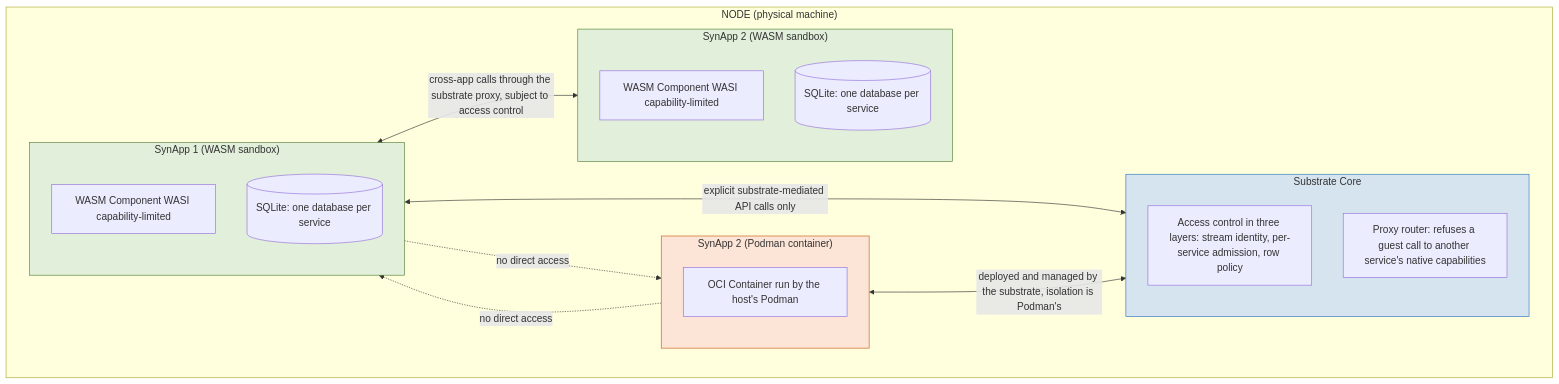
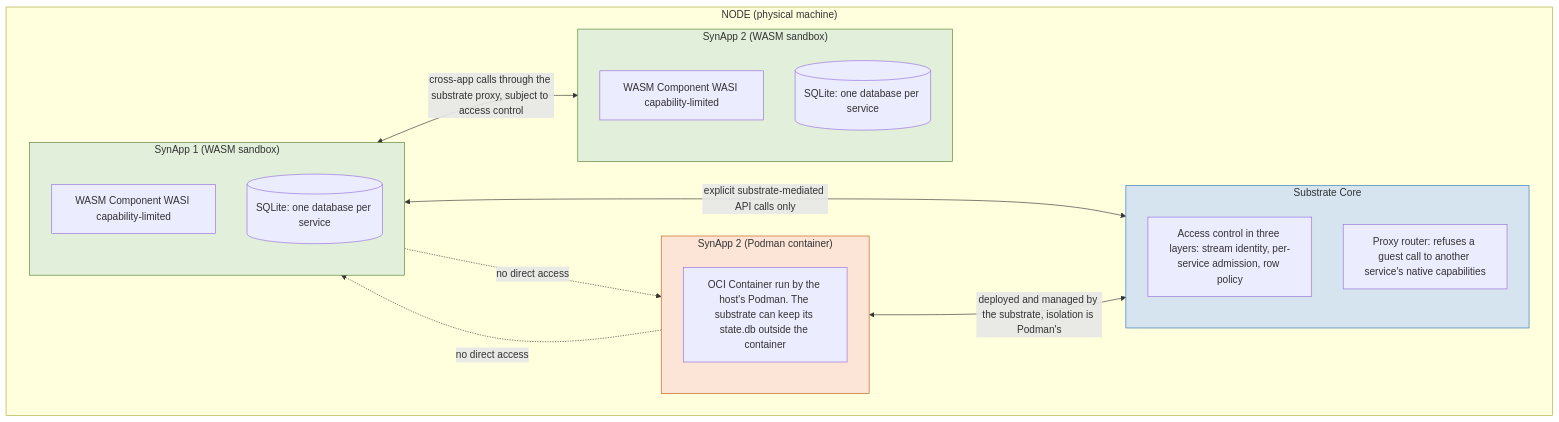
Before and after one commit to syneroym/syneroym: diagram 23 of 23 in docs/system-architecture.md, drawn with Mermaid. The commit also changed other lines of this file and 3 other files, not shown here.

First line of the commit message:
docs(architecture): fix stage 2 findings S5

````diff
--- a/docs/system-architecture.md
+++ b/docs/system-architecture.md
@@ -1625,34 +1626,34 @@
 ```mermaid
 flowchart TD
     subgraph NODE2["NODE (physical machine)"]
         subgraph APP1["SynApp 1 (WASM sandbox)"]
             W1[WASM Component WASI capability-limited]
             DB1[(SQLite: one database per service)]
         end
 
         subgraph APP2["SynApp 2 (Podman container)"]
-            P1[OCI Container run by the host's Podman]
+            P1[OCI Container run by the host's Podman. The substrate can keep its state.db outside the container]
         end
 
         subgraph APP3["SynApp 2 (WASM sandbox)"]
             W2[WASM Component WASI capability-limited]
             DB2[(SQLite: one database per service)]
         end
 
         subgraph SUBSTRATE_CORE["Substrate Core"]
             AC3[Access control in three layers: stream identity, per-service admission, row policy]
             MSG4[Proxy router: refuses a guest call to another service's native capabilities]
         end
     end
 
     APP1 <-->|"cross-app calls through the substrate proxy, subject to access control"| APP3
     APP1 <-->|"explicit substrate-mediated API calls only"| SUBSTRATE_CORE
     APP2 <-->|"deployed and managed by the substrate, isolation is Podman's"| SUBSTRATE_CORE
     APP1 -. "no direct access" .-> APP2
     APP2 -. "no direct access" .-> APP1
 
     style APP1 fill:#E2EFDA,stroke:#548235
     style APP2 fill:#FCE4D6,stroke:#C55A11
     style APP3 fill:#E2EFDA,stroke:#548235
     style SUBSTRATE_CORE fill:#D6E4F0,stroke:#2E75B6
 ```
````
